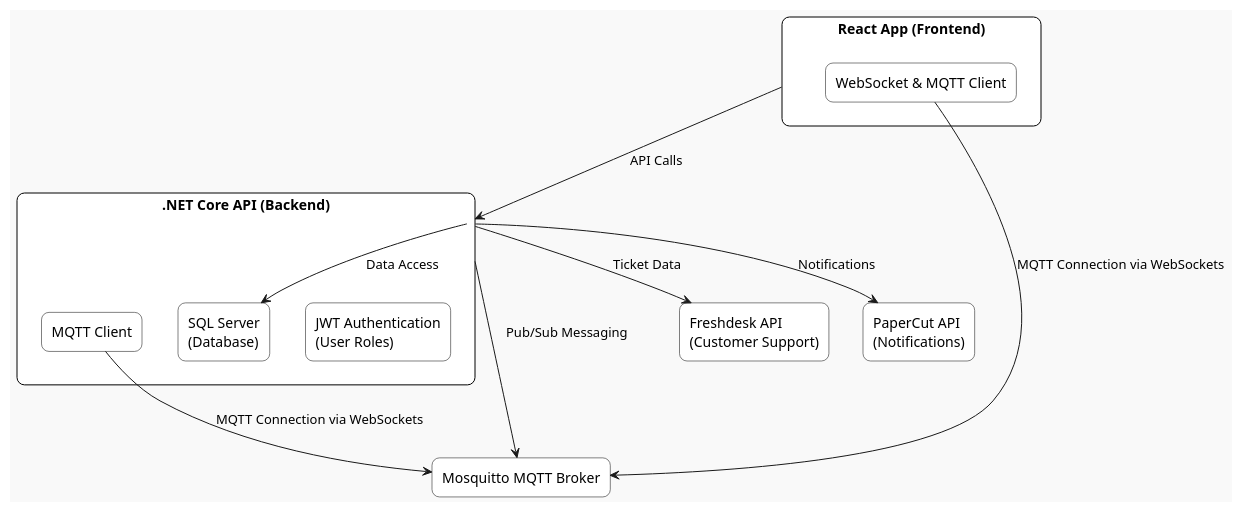
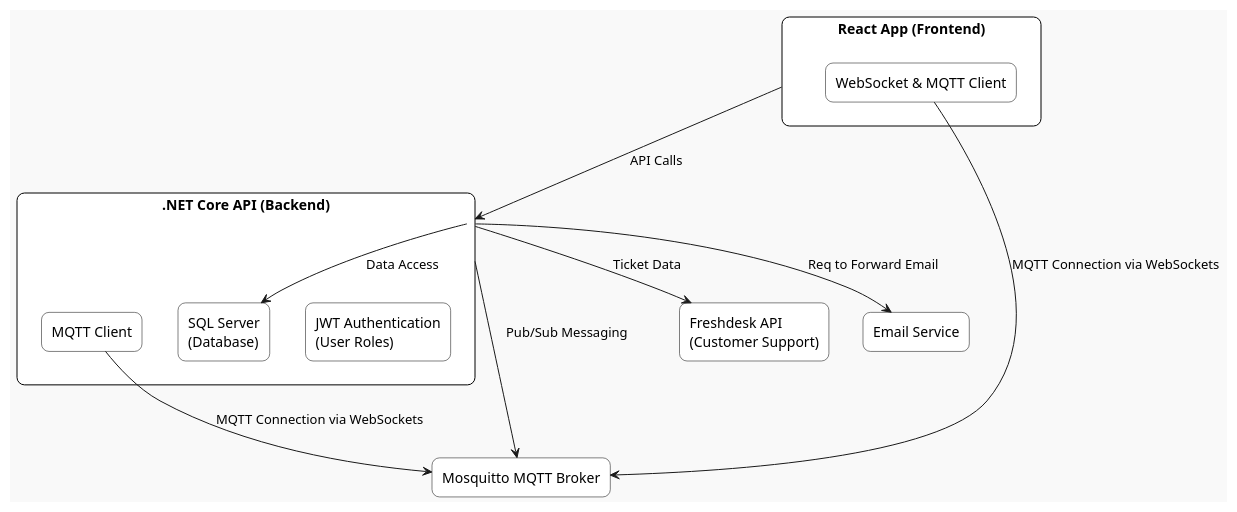
Before and after one commit to itthardik/DashboardAPI: the diagram in Documentation/System Architecture Diagram/Diagram Codes/ArchitectureDiagram.puml, drawn with PlantUML. The commit also changed 43 other files, not shown here.

```diff
--- a/Documentation/System Architecture Diagram/Diagram Codes/ArchitectureDiagram.puml
+++ b/Documentation/System Architecture Diagram/Diagram Codes/ArchitectureDiagram.puml
@@ -1,31 +1,31 @@
 @startuml
 !theme mars
 skinparam rectangle {
   BackgroundColor White
   BorderColor Black
   RoundCorner 15
 }
 
 rectangle "React App (Frontend)" as Frontend {
   rectangle "WebSocket & MQTT Client" as FrontendMQTT
 }
 
 rectangle ".NET Core API (Backend)" as Backend {
   rectangle "JWT Authentication\n(User Roles)" as JWTAuth
   rectangle "SQL Server\n(Database)" as SQLServer
   rectangle "MQTT Client" as BackendMQTT
 }
 
 rectangle "Mosquitto MQTT Broker" as MQTTBroker
 
 rectangle "Freshdesk API\n(Customer Support)" as FreshdeskAPI
-rectangle "PaperCut API\n(Notifications)" as PaperCutAPI
+rectangle "Email Service" as EmailService
 
 FrontendMQTT --> MQTTBroker : MQTT Connection via WebSockets
 BackendMQTT --> MQTTBroker : MQTT Connection via WebSockets
 Frontend --> Backend : API Calls
 Backend --> SQLServer : Data Access
 Backend --> FreshdeskAPI : Ticket Data
-Backend --> PaperCutAPI : Notifications
+Backend --> EmailService : Req to Forward Email
 Backend --> MQTTBroker : Pub/Sub Messaging
 @enduml
```
